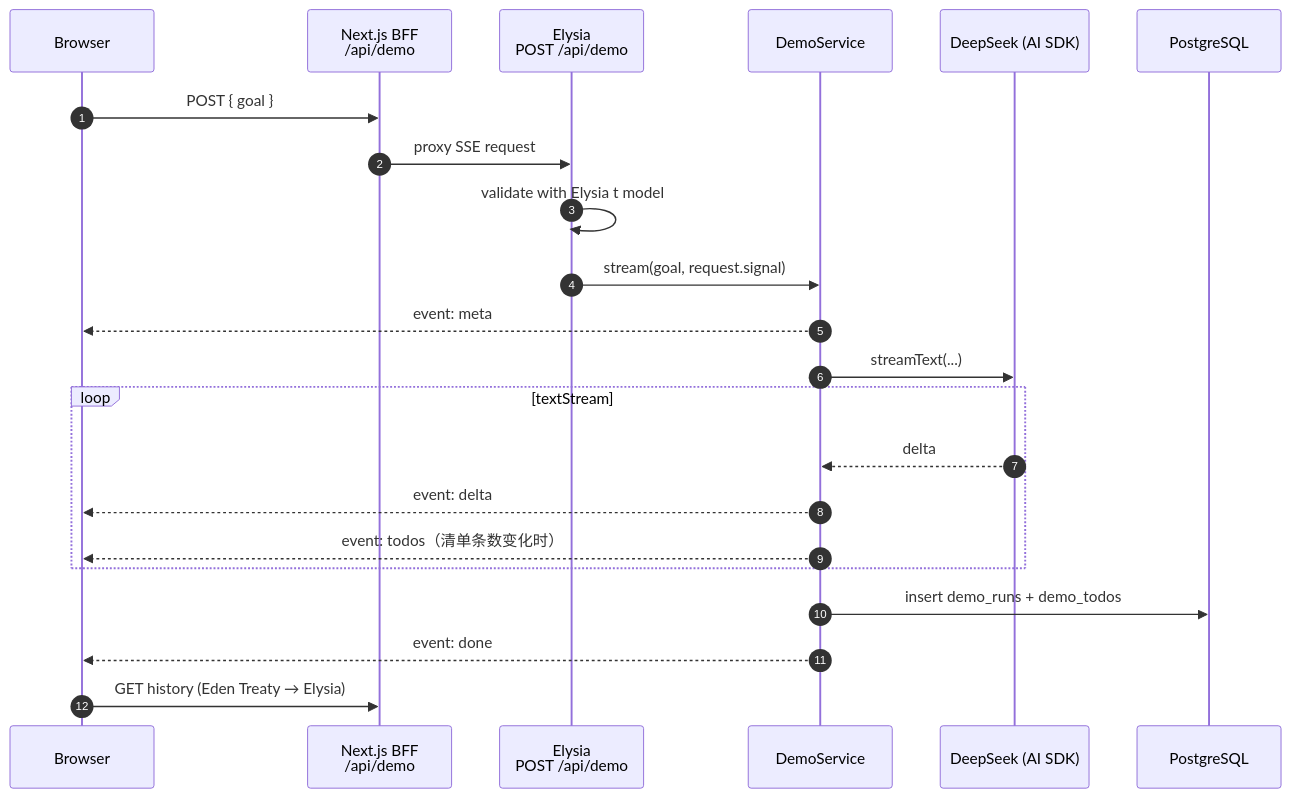
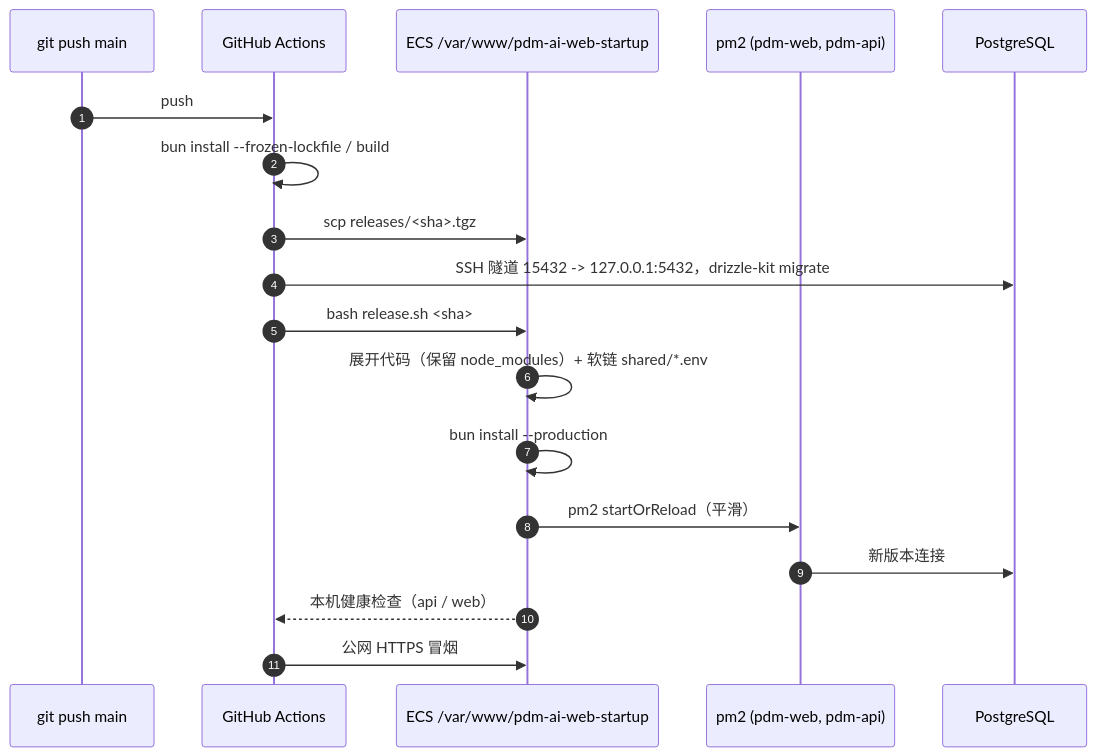
One commit to pidanmeng/pdm-ai-web-startup changed the second of 2 diagrams in README.md. Above: the diagram before and after it, drawn with Mermaid. The commit also changed other lines of this file and 16 other files, not shown here.

First line of the commit message:
feat(ci-cd): GitHub Actions 发布链路 + deploy-ops 运维 Skill + README

````diff
--- a/README.md
+++ b/README.md
@@ -223,25 +210,21 @@
 ```mermaid
 sequenceDiagram
-    autonumber
-    participant B as Browser
-    participant W as Next.js BFF<br/>/api/demo
-    participant E as Elysia<br/>POST /api/demo
-    participant S as DemoService
-    participant L as DeepSeek (AI SDK)
-    participant D as PostgreSQL
+  autonumber
+  participant Dev as git push main
+  participant CI as GitHub Actions
+  participant ECS as ECS /var/www/pdm-ai-web-startup
+  participant PM2 as pm2 (pdm-web, pdm-api)
+  participant PG as PostgreSQL
 
-    B->>W: POST { goal }
-    W->>E: proxy SSE request
-    E->>E: validate with Elysia t model
-    E->>S: stream(goal, request.signal)
-    S-->>B: event: meta
-    S->>L: streamText(...)
-    loop textStream
-        L-->>S: delta
-        S-->>B: event: delta
-        S-->>B: event: todos（清单条数变化时）
-    end
-    S->>D: insert demo_runs + demo_todos
-    S-->>B: event: done
-    B->>W: GET history (Eden Treaty → Elysia)
+  Dev->>CI: push
+  CI->>CI: bun install --frozen-lockfile / build
+  CI->>ECS: scp releases/<sha>.tgz
+  CI->>PG: SSH 隧道 15432 -> 127.0.0.1:5432，drizzle-kit migrate
+  CI->>ECS: bash release.sh <sha>
+  ECS->>ECS: 展开代码（保留 node_modules）+ 软链 shared/*.env
+  ECS->>ECS: bun install --production
+  ECS->>PM2: pm2 startOrReload（平滑）
+  PM2->>PG: 新版本连接
+  ECS-->>CI: 本机健康检查（api / web）
+  CI->>ECS: 公网 HTTPS 冒烟
 ```
````
